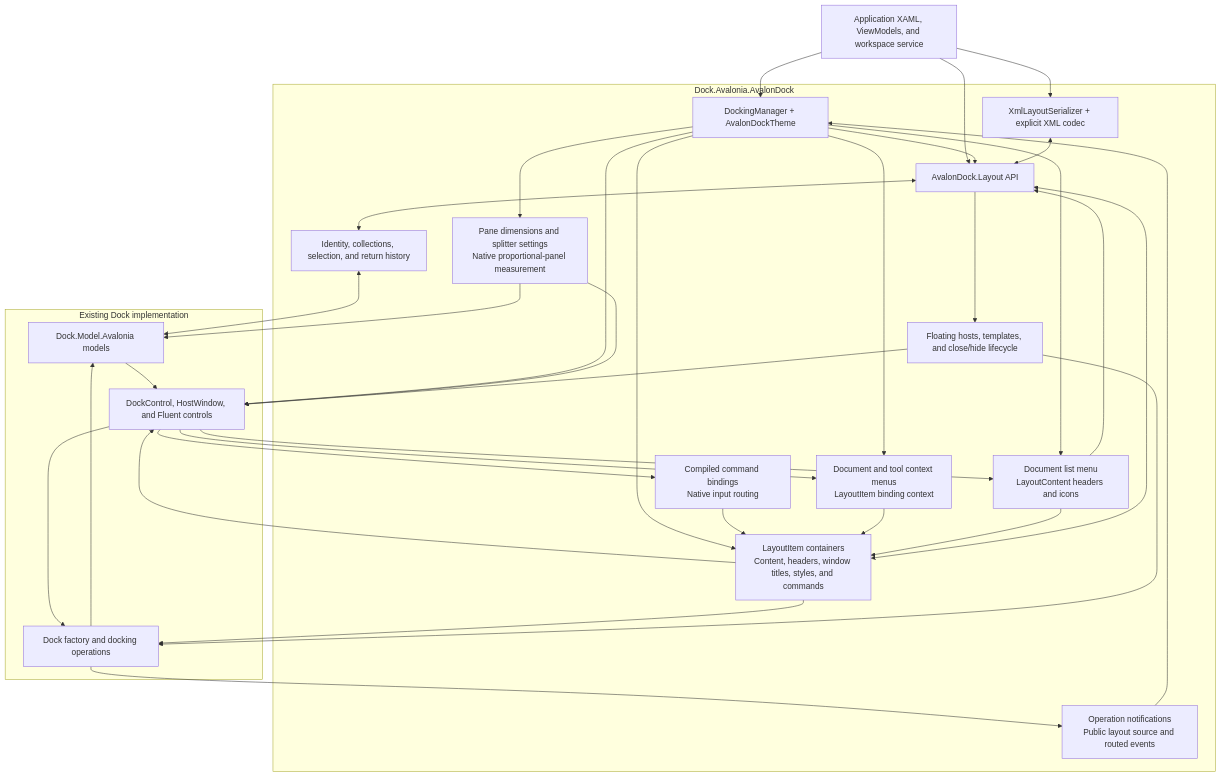
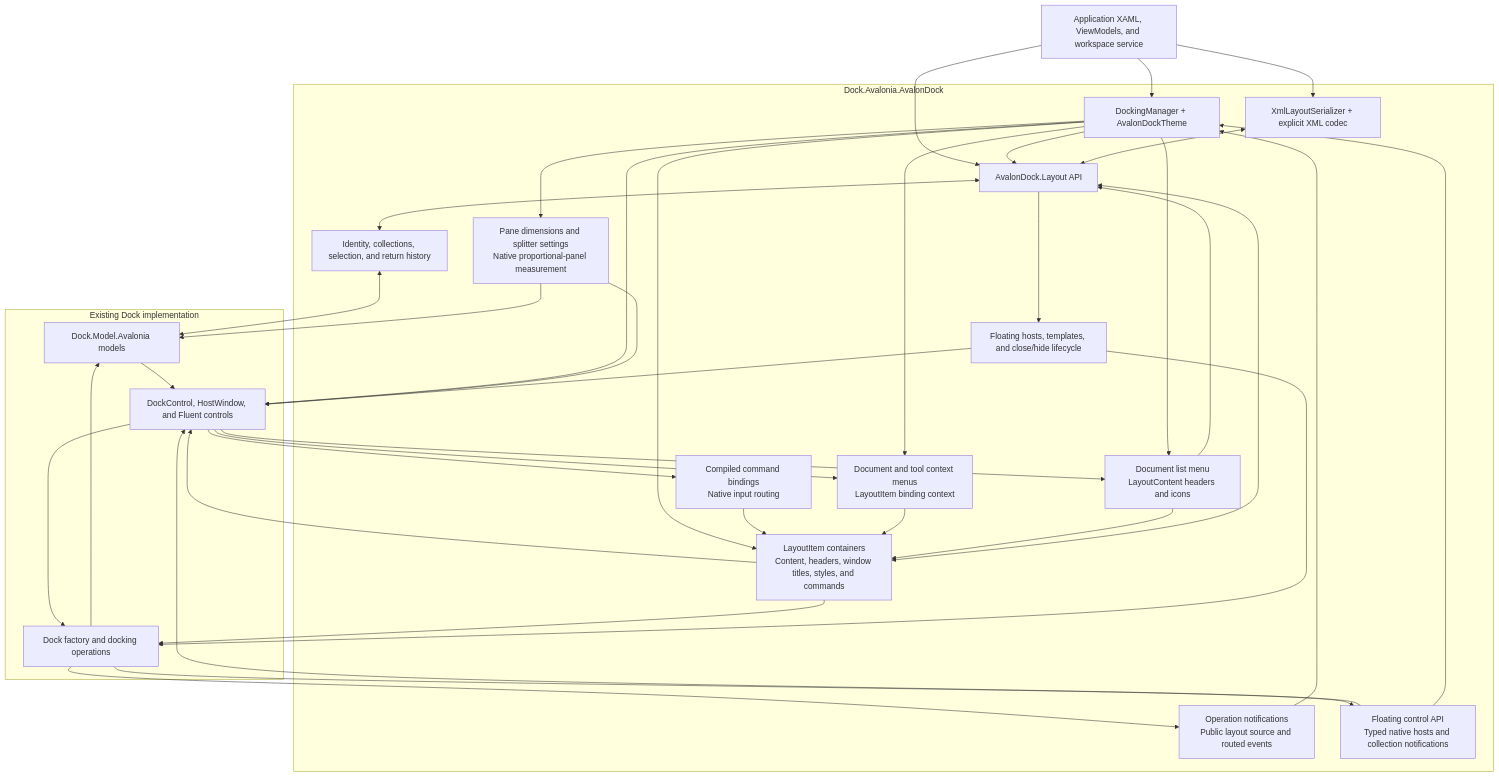
One commit to wieslawsoltes/Dock changed the diagram in docfx/articles/dock-avalondock.md. Above: the diagram before and after it, drawn with Mermaid. The commit also changed other lines of this file and 29 other files, not shown here.

Commit message:
Expose AvalonDock floating controls through native Dock hosts

````diff
--- a/docfx/articles/dock-avalondock.md
+++ b/docfx/articles/dock-avalondock.md
@@ -636,54 +684,58 @@
 ```mermaid
 flowchart TB
     App["Application XAML, ViewModels, and workspace service"]
     subgraph Compatibility["Dock.Avalonia.AvalonDock"]
         Manager["DockingManager + AvalonDockTheme"]
         Layout["AvalonDock.Layout API"]
         Items["LayoutItem containers<br/>Content, headers, window titles, styles, and commands"]
         Commands["Compiled command bindings<br/>Native input routing"]
         Menus["Document and tool context menus<br/>LayoutItem binding context"]
         DocumentList["Document list menu<br/>LayoutContent headers and icons"]
         Bridge["Identity, collections, selection, and return history"]
         Sizing["Pane dimensions and splitter settings<br/>Native proportional-panel measurement"]
         Lifecycle["Floating hosts, templates, and close/hide lifecycle"]
         Events["Operation notifications<br/>Public layout source and routed events"]
+        Hosts["Floating control API<br/>Typed native hosts and collection notifications"]
         Xml["XmlLayoutSerializer + explicit XML codec"]
     end
     subgraph Native["Existing Dock implementation"]
         Models["Dock.Model.Avalonia models"]
         Factory["Dock factory and docking operations"]
         Controls["DockControl, HostWindow, and Fluent controls"]
     end
     App --> Manager
     App --> Layout
     App --> Xml
     Manager --> Layout
     Manager --> Items
     Items <--> Layout
     Items --> Factory
     Items --> Controls
     Controls --> Commands
     Commands --> Items
     Manager --> Menus
     Controls --> Menus
     Menus --> Items
     Manager --> DocumentList
     Controls --> DocumentList
     DocumentList --> Layout
     DocumentList --> Items
     Manager --> Controls
     Layout <--> Bridge
     Bridge <--> Models
     Manager --> Sizing
     Sizing --> Models
     Sizing --> Controls
     Layout --> Lifecycle
     Lifecycle --> Factory
     Lifecycle --> Controls
     Controls --> Factory
     Factory --> Models
     Factory --> Events
     Events --> Manager
+    Factory --> Hosts
+    Hosts --> Controls
+    Hosts --> Manager
     Models --> Controls
     Xml <--> Layout
 ```
````
